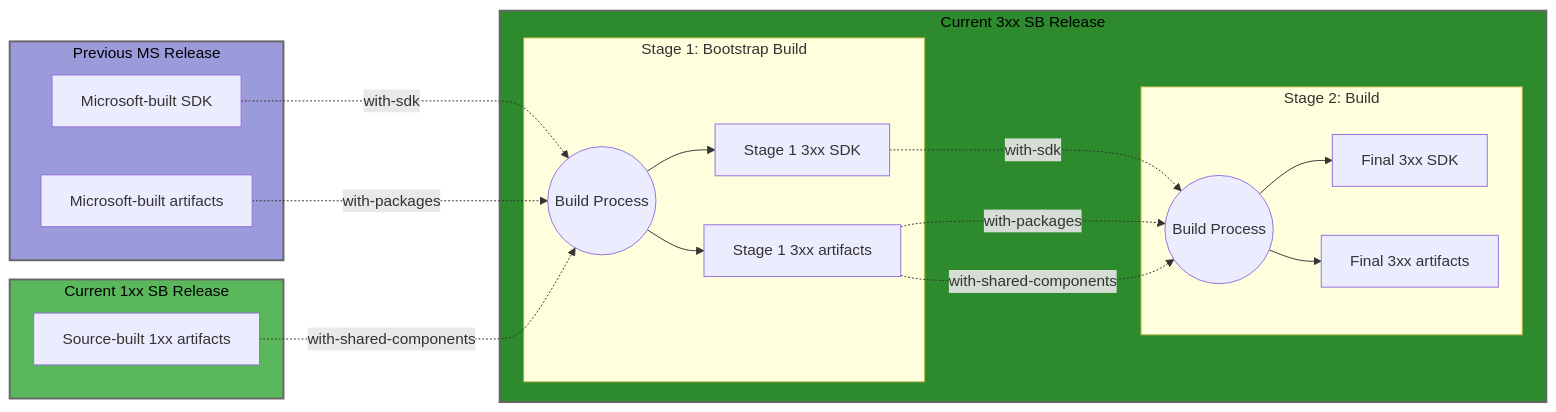
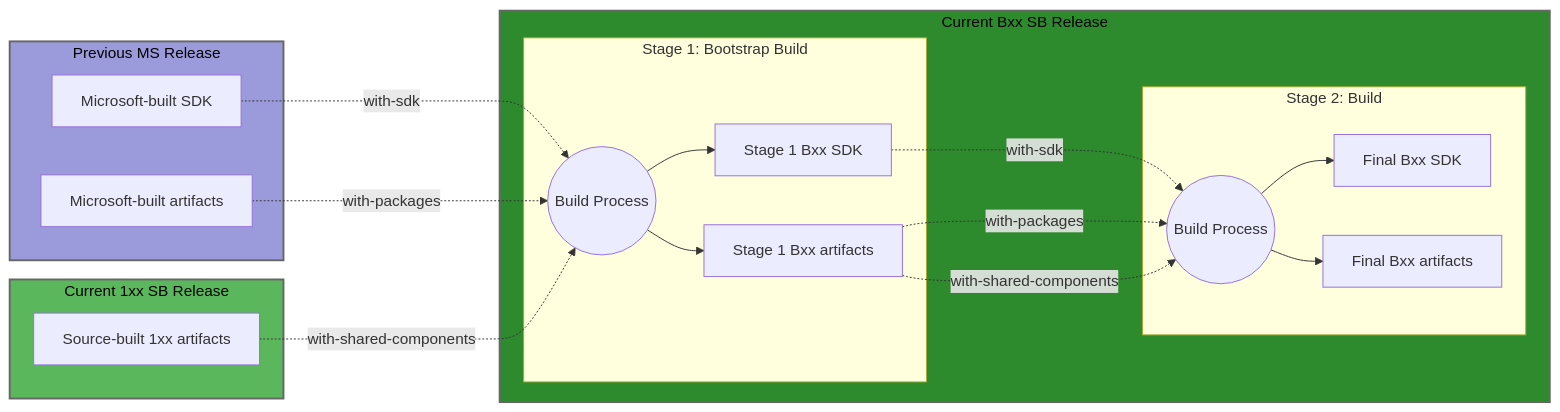
One commit to dotnet/source-build changed the tenth of 10 diagrams in Documentation/feature-band-source-building.md. Above: the diagram before and after it, drawn with Mermaid. The commit also changed other lines of this file, not shown here.

````diff
--- a/Documentation/feature-band-source-building.md
+++ b/Documentation/feature-band-source-building.md
@@ -807,43 +693,43 @@
 ```mermaid
 flowchart LR
     subgraph MS["Previous MS Release"]
         MS_SDK[Microsoft-built SDK]
         MS_Art[Microsoft-built artifacts]
     end
     
     subgraph SBCurr1xx["Current 1xx SB Release"]
         SB_1xx[Source-built 1xx artifacts]
     end
     
-    subgraph SBCurr3xx["Current 3xx SB Release"]
+    subgraph SBCurr3xx["Current Bxx SB Release"]
         subgraph Stage1["Stage 1: Bootstrap Build"]
             Build1((Build Process))
-            S1_SDK[Stage 1 3xx SDK]
-            S1_Art[Stage 1 3xx artifacts]
+            S1_SDK[Stage 1 Bxx SDK]
+            S1_Art[Stage 1 Bxx artifacts]
         end
 
         subgraph Stage2["Stage 2: Build"]
             Build2((Build Process))
-            Final_SDK[Final 3xx SDK]
-            Final_Art[Final 3xx artifacts]
+            Final_SDK[Final Bxx SDK]
+            Final_Art[Final Bxx artifacts]
         end
     end
     
     MS_SDK -.->|with-sdk| Build1
     MS_Art -.->|with-packages| Build1
     SB_1xx -.->|with-shared-components| Build1
     Build1 --> S1_SDK
     Build1 --> S1_Art
     S1_SDK -.->|with-sdk| Build2
     S1_Art -.->|with-packages| Build2
     S1_Art -.->|with-shared-components| Build2
     Build2 --> Final_SDK
     Build2 --> Final_Art
     
     classDef msRelease fill:#9b9bdb,stroke:#666,stroke-width:2px,color:#000
     classDef curr1xx fill:#5bb75b,stroke:#666,stroke-width:2px,color:#000
     classDef curr3xx fill:#2d8b2d,stroke:#666,stroke-width:2px,color:#000
     class MS msRelease
     class SBCurr1xx curr1xx
     class SBCurr3xx curr3xx
 ```
````
